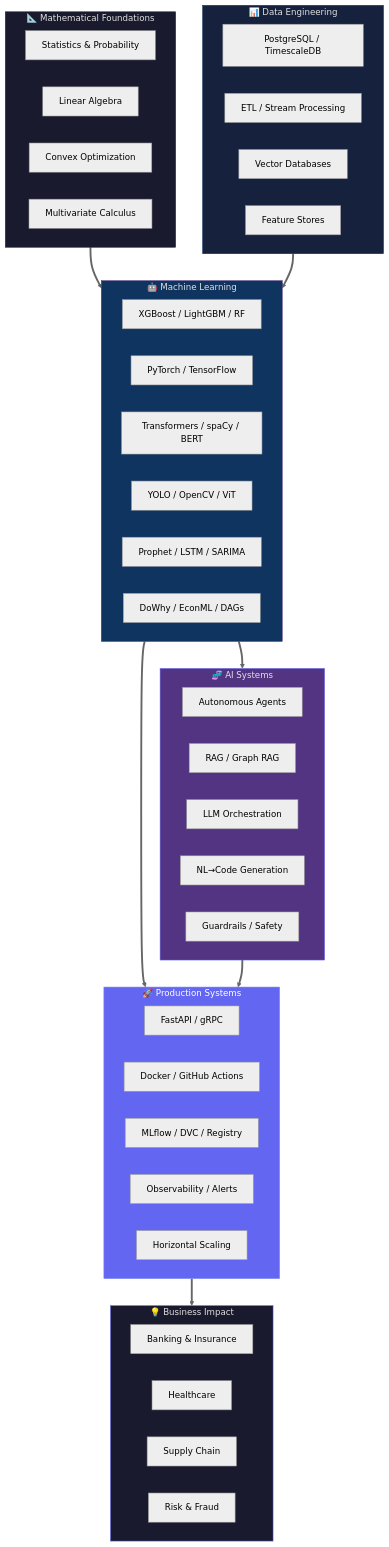
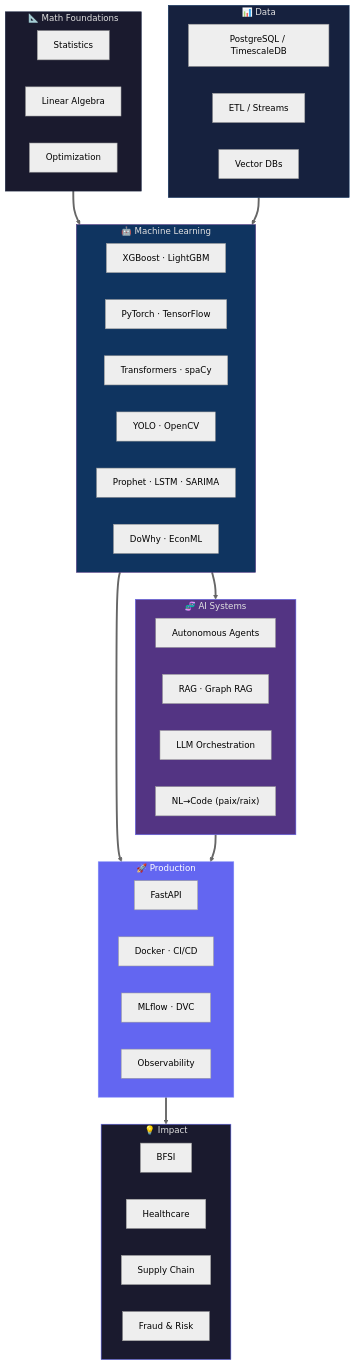
One commit to twomathematicians-code/twomathematicians-code changed the second of 3 diagrams in README.md. Above: the diagram before and after it, drawn with Mermaid (neutral theme). The commit also changed other lines of this file and 1 other file, not shown here.

Commit message:
Remove Career Path and Roadmap sections

````diff
--- a/README.md
+++ b/README.md
@@ -154,68 +111,58 @@
 ```mermaid
 flowchart TB
-    subgraph FOUNDATIONS["📐 Mathematical Foundations"]
-        direction LR
-        STAT["Statistics & Probability"]
+    subgraph FOUND["📐 Math Foundations"]
+        STAT["Statistics"]
         LA["Linear Algebra"]
-        OPT["Convex Optimization"]
-        CALC["Multivariate Calculus"]
+        OPT["Optimization"]
     end
 
-    subgraph DATA["📊 Data Engineering"]
-        direction LR
+    subgraph DATA["📊 Data"]
         SQL["PostgreSQL / TimescaleDB"]
-        PIPES["ETL / Stream Processing"]
-        VECTOR["Vector Databases"]
-        WAREHOUSE["Feature Stores"]
+        PIPES["ETL / Streams"]
+        VECTOR["Vector DBs"]
     end
 
     subgraph ML["🤖 Machine Learning"]
-        direction LR
-        CLASSIC["XGBoost / LightGBM / RF"]
-        DL["PyTorch / TensorFlow"]
-        NLP["Transformers / spaCy / BERT"]
-        CV["YOLO / OpenCV / ViT"]
-        TS["Prophet / LSTM / SARIMA"]
-        CAUSAL["DoWhy / EconML / DAGs"]
+        CLASSIC["XGBoost · LightGBM"]
+        DL["PyTorch · TensorFlow"]
+        NLP["Transformers · spaCy"]
+        CV["YOLO · OpenCV"]
+        TS["Prophet · LSTM · SARIMA"]
+        CAUSAL["DoWhy · EconML"]
     end
 
     subgraph AI["🧬 AI Systems"]
-        direction LR
         AGENT["Autonomous Agents"]
-        RAG["RAG / Graph RAG"]
+        RAG["RAG · Graph RAG"]
         LLM["LLM Orchestration"]
-        CODEGEN["NL→Code Generation"]
-        GUARD["Guardrails / Safety"]
+        CODEGEN["NL→Code (paix/raix)"]
     end
 
-    subgraph PROD["🚀 Production Systems"]
-        direction LR
-        API["FastAPI / gRPC"]
-        CICD["Docker / GitHub Actions"]
-        MLOPS["MLflow / DVC / Registry"]
-        MONITOR["Observability / Alerts"]
-        SCALE["Horizontal Scaling"]
+    subgraph PROD["🚀 Production"]
+        API["FastAPI"]
+        CICD["Docker · CI/CD"]
+        MLOPS["MLflow · DVC"]
+        MONITOR["Observability"]
     end
 
-    subgraph IMPACT["💡 Business Impact"]
-        direction LR
-        FSI["Banking & Insurance"]
+    subgraph IMPACT["💡 Impact"]
+        FSI["BFSI"]
         HEALTH["Healthcare"]
         SUPPLY["Supply Chain"]
-        RISK["Risk & Fraud"]
+        RISK["Fraud & Risk"]
     end
 
-    FOUNDATIONS ==> ML
+    FOUND ==> ML
     DATA ==> ML
     ML ==> AI
     ML ==> PROD
     AI ==> PROD
     PROD ==> IMPACT
 
-    style FOUNDATIONS fill:#1a1a2e,stroke:#16213e,color:#e0e0e0
+    style FOUND fill:#1a1a2e,stroke:#16213e,color:#e0e0e0
     style DATA fill:#16213e,stroke:#0f3460,color:#e0e0e0
     style ML fill:#0f3460,stroke:#533483,color:#e0e0e0
     style AI fill:#533483,stroke:#6366F1,color:#e0e0e0
     style PROD fill:#6366F1,stroke:#818cf8,color:#fff
     style IMPACT fill:#1a1a2e,stroke:#6366F1,color:#e0e0e0
 ```
````
